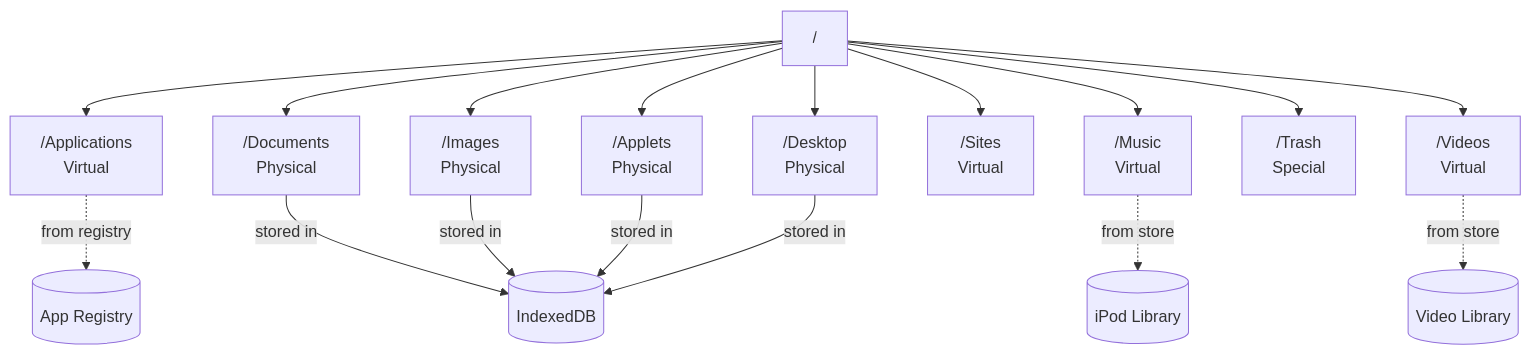
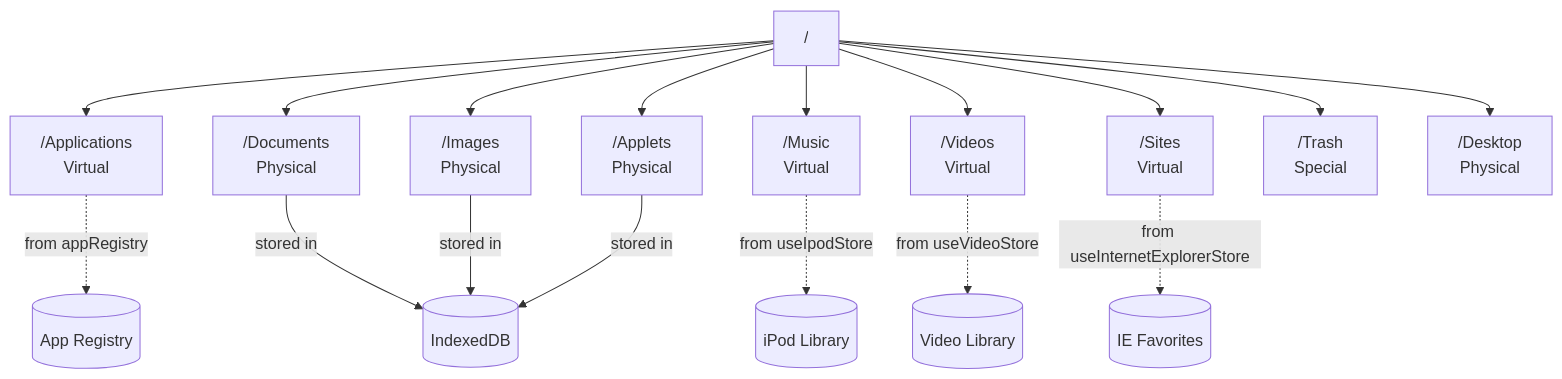
One commit to ryokun6/ryos changed the second of 2 diagrams in docs/5-file-system.md. Above: the diagram before and after it, drawn with Mermaid. The commit also changed other lines of this file and 54 other files, not shown here.

````diff
--- a/docs/5-file-system.md
+++ b/docs/5-file-system.md
@@ -50,21 +66,21 @@
 ```mermaid
 graph TD
     Root["/"] --> Apps["/Applications<br/>Virtual"]
     Root --> Docs["/Documents<br/>Physical"]
     Root --> Imgs["/Images<br/>Physical"]
     Root --> Music["/Music<br/>Virtual"]
     Root --> Videos["/Videos<br/>Virtual"]
     Root --> Sites["/Sites<br/>Virtual"]
     Root --> Applets["/Applets<br/>Physical"]
     Root --> Trash["/Trash<br/>Special"]
     Root --> Desktop["/Desktop<br/>Physical"]
     
-    Apps -.->|"from registry"| AppReg[(App Registry)]
-    Music -.->|"from store"| iPod[(iPod Library)]
-    Videos -.->|"from store"| VidLib[(Video Library)]
+    Apps -.->|"from appRegistry"| AppReg[(App Registry)]
+    Music -.->|"from useIpodStore"| iPod[(iPod Library)]
+    Videos -.->|"from useVideoStore"| VidLib[(Video Library)]
+    Sites -.->|"from useInternetExplorerStore"| IEFav[(IE Favorites)]
     
     Docs -->|"stored in"| IDB[(IndexedDB)]
     Imgs -->|"stored in"| IDB
     Applets -->|"stored in"| IDB
-    Desktop -->|"stored in"| IDB
 ```
````
